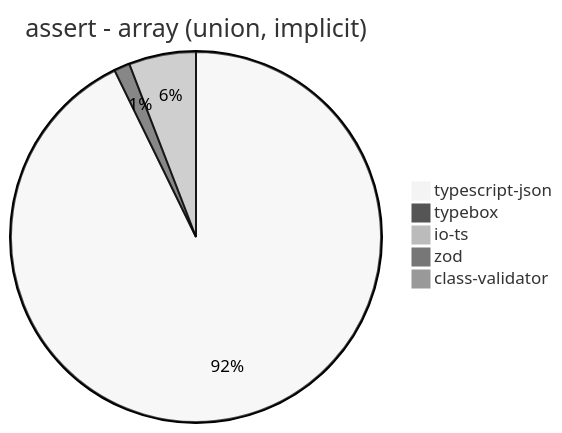
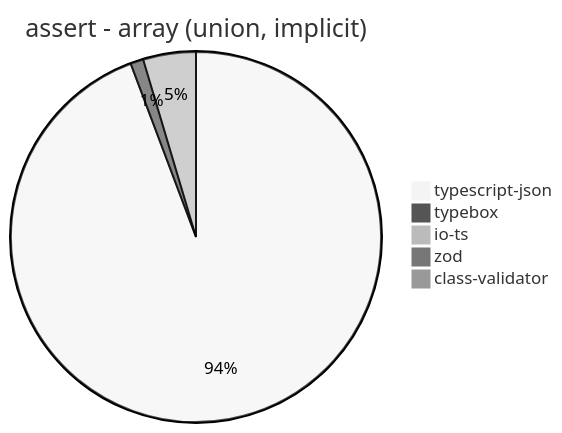
Diagram 15 of 39 in benchmark/results/AMD Ryzen 7 5800H with Radeon Graphics.md (samchon/typia), drawn with Mermaid (neutral theme) before and after one commit. The commit also changed other lines of this file and 3 other files, not shown here.

````diff
--- a/benchmark/results/AMD Ryzen 7 5800H with Radeon Graphics.md
+++ b/benchmark/results/AMD Ryzen 7 5800H with Radeon Graphics.md
@@ -186,8 +186,8 @@
 ```mermaid
 pie title assert - array (union, implicit)
-  "typescript-json": 1776.3743106208858
-  "typebox": 26.392428103385512
-  "io-ts": 112.14611872146119
-  "zod": 3.782863627766219
-  "class-validator": 8.707173954192694
+  "typescript-json": 2220.305480682839
+  "typebox": 26.64902664902665
+  "io-ts": 108.39552238805969
+  "zod": 3.7657691583505932
+  "class-validator": 8.583690987124463
 ```
````
